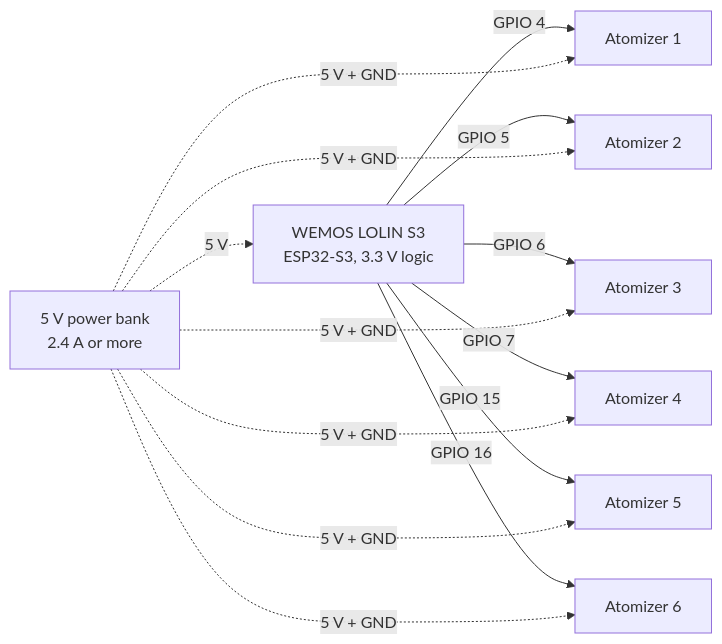
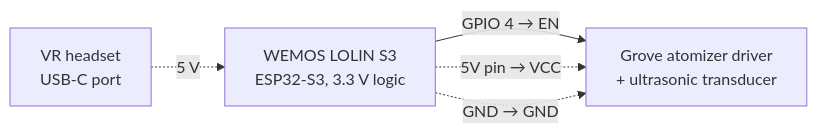
One commit to AizenDove/scentOSC changed the diagram in docs/hardware-assembly.md. Above: the diagram before and after it, drawn with Mermaid. The commit also changed other lines of this file and 21 other files, not shown here.

Commit message:
Update guide for KVX: single atomizer, USB-C power, photos, disclaimer

````diff
--- a/docs/hardware-assembly.md
+++ b/docs/hardware-assembly.md
@@ -57,11 +68,7 @@
 ```mermaid
 flowchart LR
-    PB["5 V power bank<br/>2.4 A or more"] -. "5 V" .-> MCU["WEMOS LOLIN S3<br/>ESP32-S3, 3.3 V logic"]
-    MCU -- "GPIO 4" --> A1[Atomizer 1]
-    MCU -- "GPIO 5" --> A2[Atomizer 2]
-    MCU -- "GPIO 6" --> A3[Atomizer 3]
-    MCU -- "GPIO 7" --> A4[Atomizer 4]
-    MCU -- "GPIO 15" --> A5[Atomizer 5]
-    MCU -- "GPIO 16" --> A6[Atomizer 6]
-    PB -. "5 V + GND" .-> A1 & A2 & A3 & A4 & A5 & A6
+    HMD["VR headset<br/>USB-C port"] -. "5 V" .-> MCU["WEMOS LOLIN S3<br/>ESP32-S3, 3.3 V logic"]
+    MCU -- "GPIO 4 → EN" --> DRV["Grove atomizer driver<br/>+ ultrasonic transducer"]
+    MCU -. "5V pin → VCC" .-> DRV
+    MCU -. "GND → GND" .-> DRV
 ```
````
